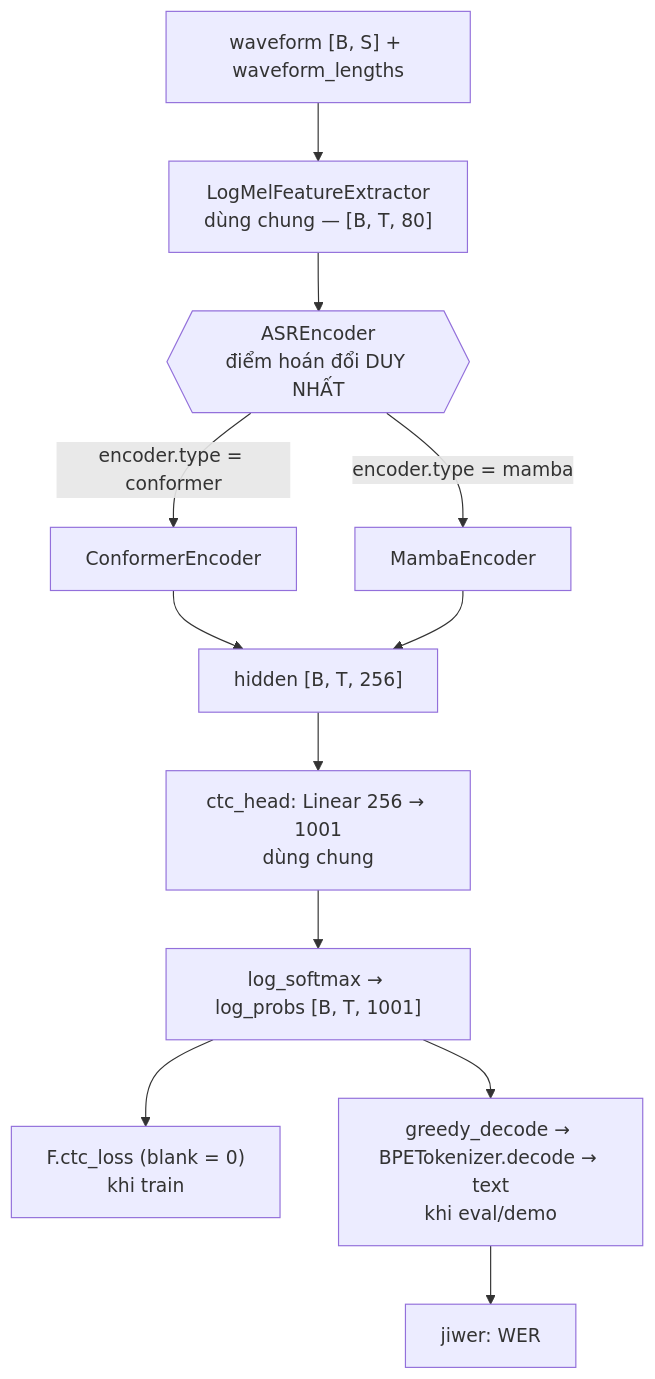
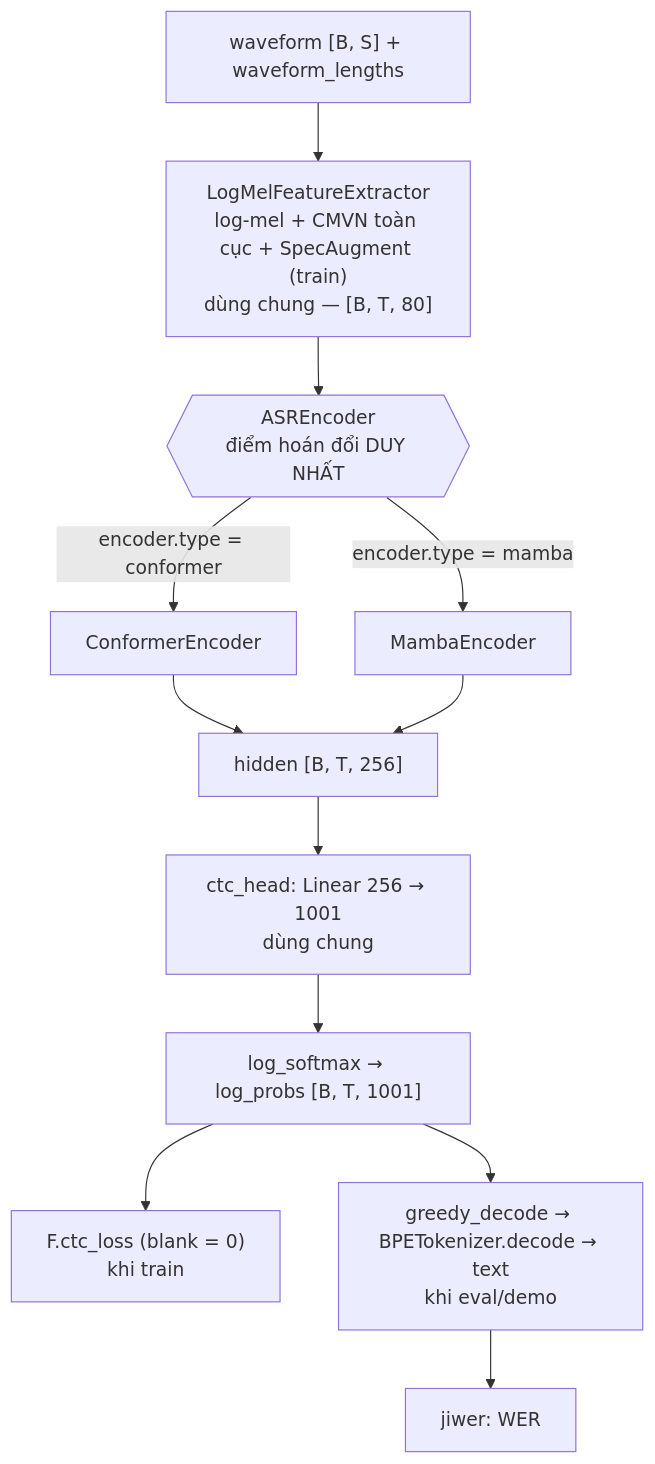
The first of 4 diagrams in ARCHITECTURE.md (VuKhah/specialized-thesis), drawn with Mermaid before and after one commit. The commit also changed other lines of this file and 13 other files, not shown here.

First line of the commit message:
Buoc 3 code dung chung + front-end CMVN/SpecAugment, dropout Mamba

````diff
--- a/ARCHITECTURE.md
+++ b/ARCHITECTURE.md
@@ -13,14 +14,14 @@
 ```mermaid
 flowchart TD
-    W["waveform [B, S] + waveform_lengths"] --> FE["LogMelFeatureExtractor<br/>dùng chung — [B, T, 80]"]
+    W["waveform [B, S] + waveform_lengths"] --> FE["LogMelFeatureExtractor<br/>log-mel + CMVN toàn cục + SpecAugment (train)<br/>dùng chung — [B, T, 80]"]
     FE --> ENC{{"ASREncoder<br/>điểm hoán đổi DUY NHẤT"}}
     ENC -->|"encoder.type = conformer"| C["ConformerEncoder"]
     ENC -->|"encoder.type = mamba"| M["MambaEncoder"]
     C --> H["hidden [B, T, 256]"]
     M --> H
     H --> HEAD["ctc_head: Linear 256 → 1001<br/>dùng chung"]
     HEAD --> LP["log_softmax → log_probs [B, T, 1001]"]
     LP --> LOSS["F.ctc_loss (blank = 0)<br/>khi train"]
     LP --> DEC["greedy_decode → BPETokenizer.decode → text<br/>khi eval/demo"]
     DEC --> WER["jiwer: WER"]
 ```
````
